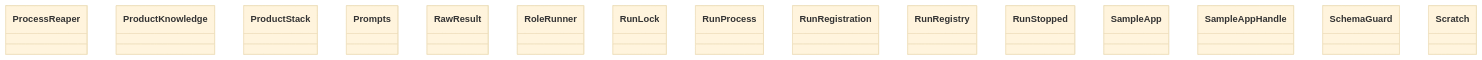
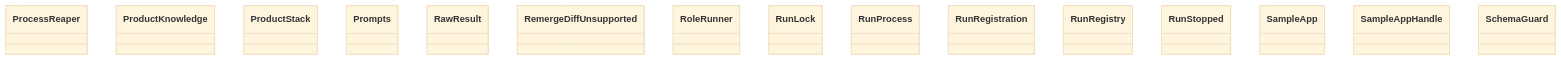
One commit to GonzaloZevallos/agentic-system changed the diagram in docs/architecture/generated/classes-process-application-support-4.md. Above: the diagram before and after it, drawn with Mermaid (base theme). The commit also changed other lines of this file and 7 other files, not shown here.

Commit message:
Regenerate the class docs for the review scope types and the remerge-diff port (GH-589)

````diff
--- a/docs/architecture/generated/classes-process-application-support-4.md
+++ b/docs/architecture/generated/classes-process-application-support-4.md
@@ -17,18 +17,18 @@
 ```mermaid
 classDiagram
     class ports__ProcessReaper["ProcessReaper"]
     class ports__ProductKnowledge["ProductKnowledge"]
     class ports__ProductStack["ProductStack"]
     class ports__Prompts["Prompts"]
     class ports__RawResult["RawResult"]
+    class ports__RemergeDiffUnsupported["RemergeDiffUnsupported"]
     class ports__RoleRunner["RoleRunner"]
     class ports__RunLock["RunLock"]
     class ports__RunProcess["RunProcess"]
     class ports__RunRegistration["RunRegistration"]
     class ports__RunRegistry["RunRegistry"]
     class ports__RunStopped["RunStopped"]
     class ports__SampleApp["SampleApp"]
     class ports__SampleAppHandle["SampleAppHandle"]
     class ports__SchemaGuard["SchemaGuard"]
-    class ports__Scratch["Scratch"]
 ```
````
